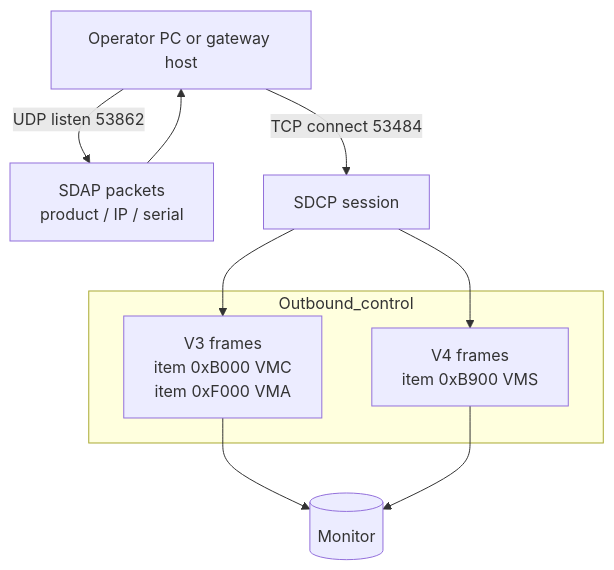
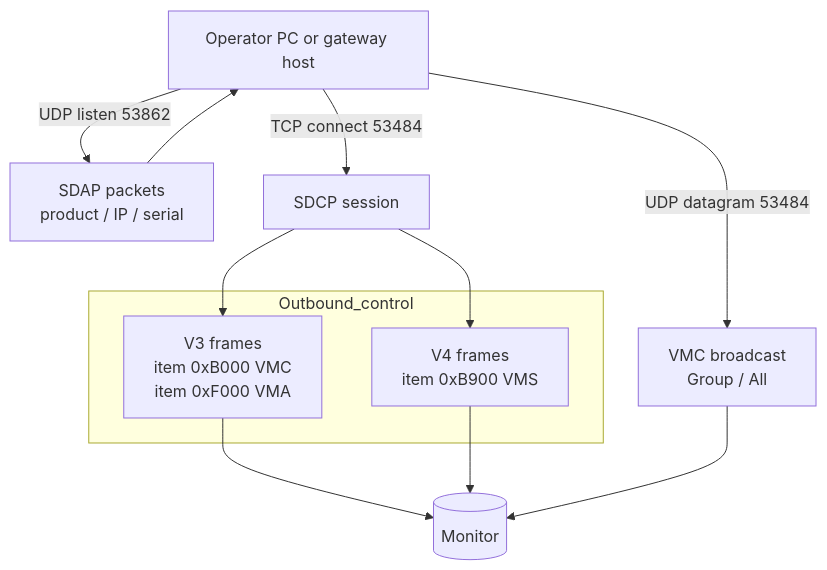
Before and after one commit to andrew867/MonitorControlSDK: the second of 6 diagrams in docs/diagrams/monitor-control-flows.md, drawn with Mermaid. The commit also changed other lines of this file and 24 other files, not shown here.

First line of the commit message:
feat(sdcp): UDP VMC broadcast transport, CLI, web API, sample, and docs

````diff
--- a/docs/diagrams/monitor-control-flows.md
+++ b/docs/diagrams/monitor-control-flows.md
@@ -46,18 +49,20 @@
 ```mermaid
 flowchart TB
   Host[Operator PC or gateway host]
 
   subgraph Outbound_control
     V3["V3 frames<br/>item 0xB000 VMC<br/>item 0xF000 VMA"]
     V4["V4 frames<br/>item 0xB900 VMS"]
   end
 
   Host -->|UDP listen 53862| SDAP_rx["SDAP packets<br/>product / IP / serial"]
   SDAP_rx --> Host
 
   Host -->|TCP connect 53484| SDCP_sock[SDCP session]
+  Host -->|UDP datagram 53484| SDCP_udp[VMC broadcast<br/>Group / All]
   SDCP_sock --> V3
   SDCP_sock --> V4
   V3 --> Mon[(Monitor)]
   V4 --> Mon
+  SDCP_udp --> Mon
 ```
````
